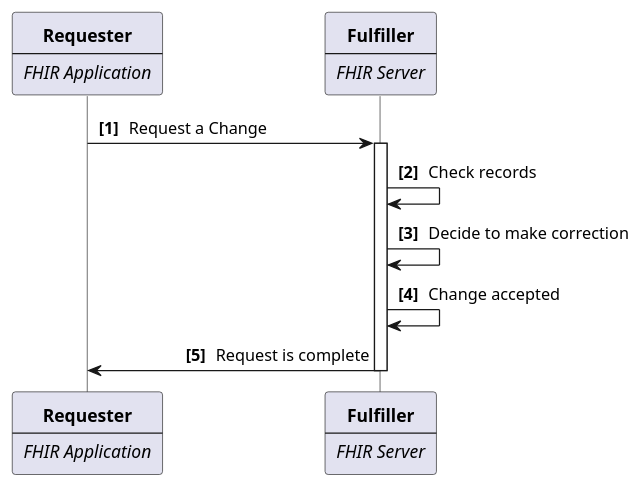
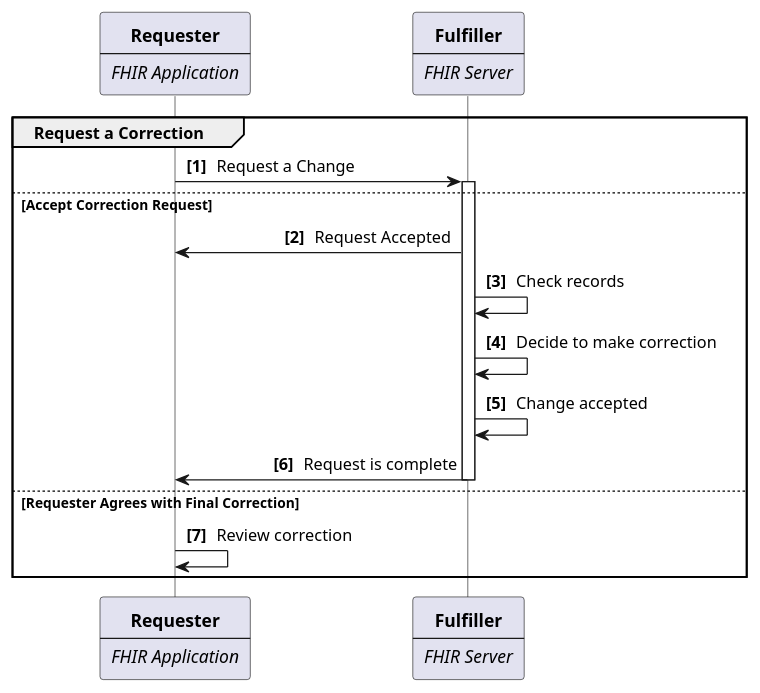
Before and after one commit to HL7/fhir-patient-correction: the diagram in input/images-source/use-case-1.plantuml, drawn with PlantUML. The commit also changed 7 other files, not shown here.

```diff
--- a/input/images-source/use-case-1.plantuml
+++ b/input/images-source/use-case-1.plantuml
@@ -1,29 +1,34 @@
 @startuml
 skinparam DefaultTextAlignment center
 skinparam SequenceMessageAlignment direction
 skinparam Padding 2
 skinparam ParticipantPadding 60
 skinparam LifelineStrategy solid
 autonumber "<b>[###]</b>"
 
 participant R [
   **Requester**
   ----
   //FHIR Application//
 ]
 participant F [
   **Fulfiller**
   ----
   //FHIR Server//
 ]
 
-R->F : Request a Change
-
-Activate F
-  F->F : Check records
-  F->F : Decide to make correction
-  F->F : Change accepted
-  F->R : Request is complete
-Deactivate F
+group Request a Correction
+  R->F : Request a Change
+else Accept Correction Request
+  Activate F
+    F->R : Request Accepted
+    F->F : Check records
+    F->F : Decide to make correction
+    F->F : Change accepted
+    F->R : Request is complete
+  Deactivate F
+else Requester Agrees with Final Correction
+  R->R : Review correction
+end
 
 @enduml
```
